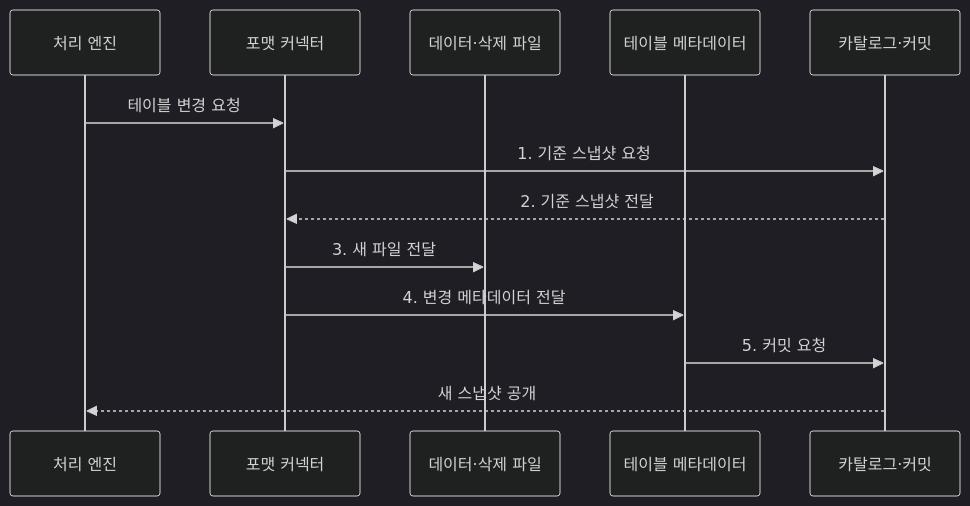
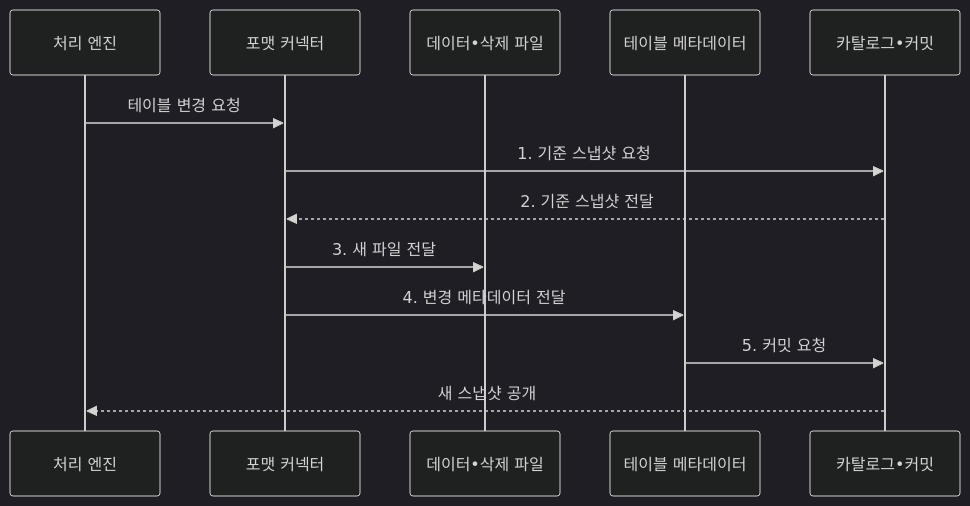
The second of 2 diagrams in src/content/docs/notes/08-latest-tech/192_open_table_format.md (agnusdei1207/knowledge-base), drawn with Mermaid (dark theme) before and after one commit. The commit also changed other lines of this file and 953 other files, not shown here.

````diff
--- a/src/content/docs/notes/08-latest-tech/192_open_table_format.md
+++ b/src/content/docs/notes/08-latest-tech/192_open_table_format.md
@@ -99,15 +99,15 @@
 ```mermaid
 sequenceDiagram
   participant E as 처리 엔진
   participant C as 포맷 커넥터
-  participant F as 데이터·삭제 파일
+  participant F as 데이터•삭제 파일
   participant M as 테이블 메타데이터
-  participant A as 카탈로그·커밋
+  participant A as 카탈로그•커밋
   E->>C: 테이블 변경 요청
   C->>A: 1. 기준 스냅샷 요청
   A-->>C: 2. 기준 스냅샷 전달
   C->>F: 3. 새 파일 전달
   C->>M: 4. 변경 메타데이터 전달
   M->>A: 5. 커밋 요청
   A-->>E: 새 스냅샷 공개
 ```
````
